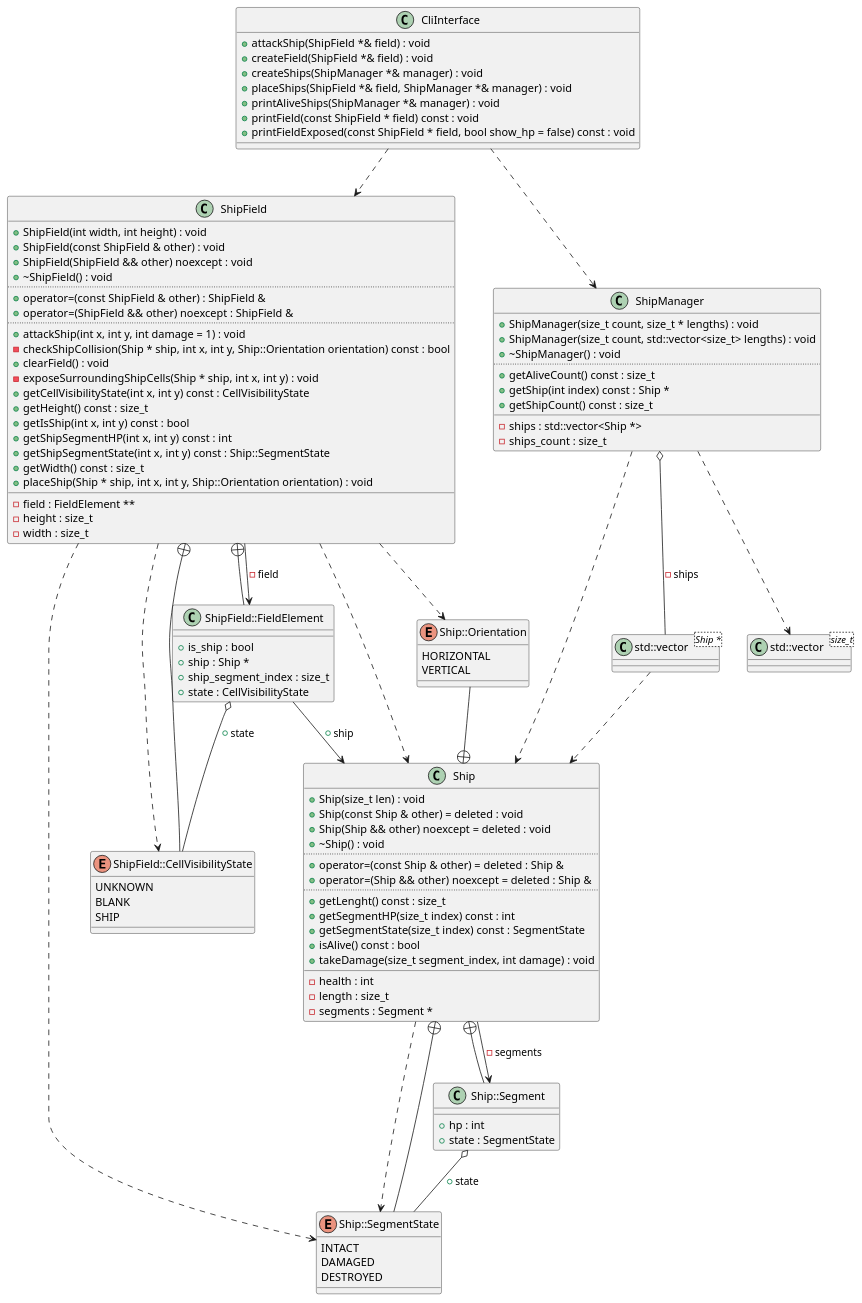
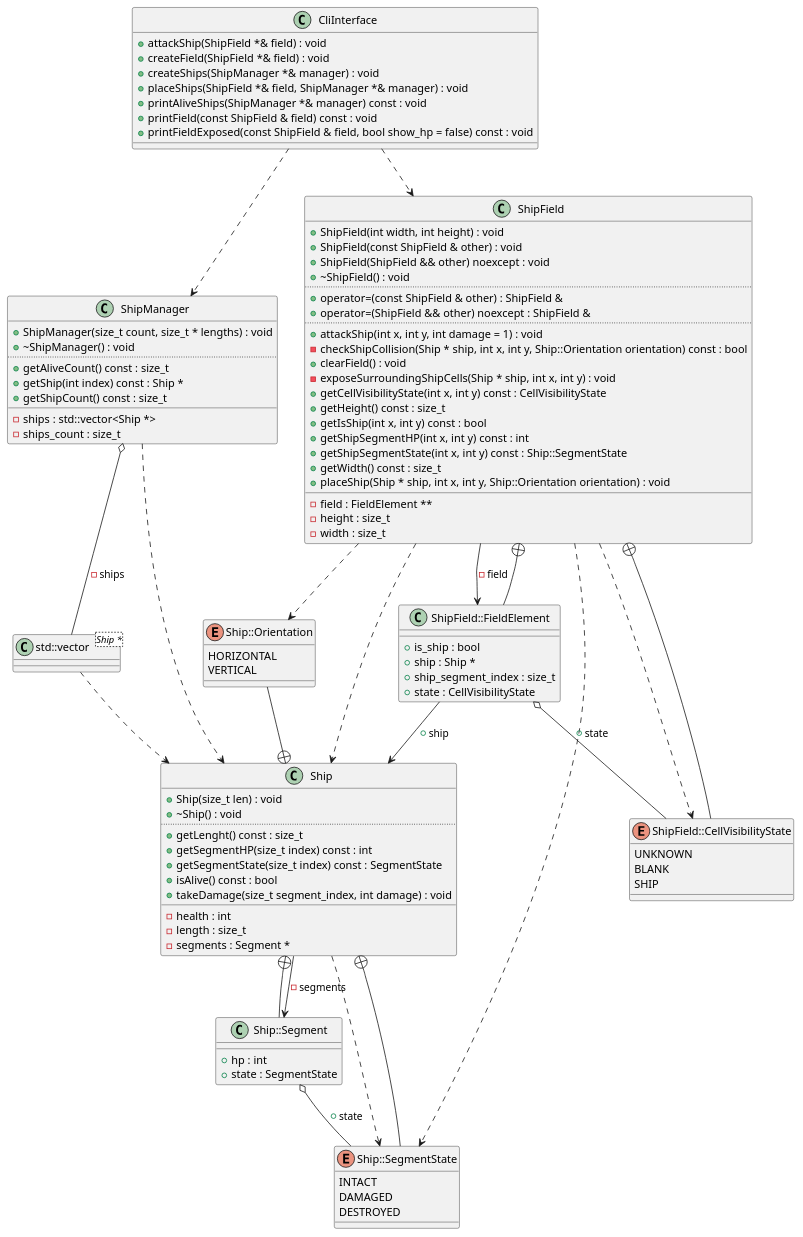
The diagram in diagrams/CliInterface.puml (Rennelv/ships), drawn with PlantUML before and after one commit. The commit also changed 13 other files, not shown here.

Commit message:
Refactor Ship, ShipField, ShipManager, and Game classes

```diff
--- a/diagrams/CliInterface.puml
+++ b/diagrams/CliInterface.puml
@@ -1,135 +1,124 @@
 @startuml
-class "std::vector<size_t>" as C_0009048762651940375792
-class C_0009048762651940375792 {
-__
-}
 class "std::vector<Ship *>" as C_0007462257846685508834
 class C_0007462257846685508834 {
 __
 }
 class "Ship" as C_0014529657433315016423
 class C_0014529657433315016423 {
 +Ship(size_t len) : void
-+Ship(const Ship & other) = deleted : void
-+Ship(Ship && other) noexcept = deleted : void
 +~Ship() : void
-..
-+operator=(const Ship & other) = deleted : Ship &
-+operator=(Ship && other) noexcept = deleted : Ship &
 ..
 +getLenght() const : size_t
 +getSegmentHP(size_t index) const : int
 +getSegmentState(size_t index) const : SegmentState
 +isAlive() const : bool
 +takeDamage(size_t segment_index, int damage) : void
 __
 -health : int
 -length : size_t
 -segments : Segment *
 }
 enum "Ship::SegmentState" as C_0016593760204207859148
 enum C_0016593760204207859148 {
 INTACT
 DAMAGED
 DESTROYED
 }
 enum "Ship::Orientation" as C_0015200704647938469073
 enum C_0015200704647938469073 {
 HORIZONTAL
 VERTICAL
 }
 class "Ship::Segment" as C_0000674658759292391449
 class C_0000674658759292391449 {
 __
 +hp : int
 +state : SegmentState
 }
 class "ShipField" as C_0003843296779074973901
 class C_0003843296779074973901 {
 +ShipField(int width, int height) : void
 +ShipField(const ShipField & other) : void
 +ShipField(ShipField && other) noexcept : void
 +~ShipField() : void
 ..
 +operator=(const ShipField & other) : ShipField &
 +operator=(ShipField && other) noexcept : ShipField &
 ..
 +attackShip(int x, int y, int damage = 1) : void
 -checkShipCollision(Ship * ship, int x, int y, Ship::Orientation orientation) const : bool
 +clearField() : void
 -exposeSurroundingShipCells(Ship * ship, int x, int y) : void
 +getCellVisibilityState(int x, int y) const : CellVisibilityState
 +getHeight() const : size_t
 +getIsShip(int x, int y) const : bool
 +getShipSegmentHP(int x, int y) const : int
 +getShipSegmentState(int x, int y) const : Ship::SegmentState
 +getWidth() const : size_t
 +placeShip(Ship * ship, int x, int y, Ship::Orientation orientation) : void
 __
 -field : FieldElement **
 -height : size_t
 -width : size_t
 }
 enum "ShipField::CellVisibilityState" as C_0014337503322603405869
 enum C_0014337503322603405869 {
 UNKNOWN
 BLANK
 SHIP
 }
 class "ShipField::FieldElement" as C_0000316359785794417378
 class C_0000316359785794417378 {
 __
 +is_ship : bool
 +ship : Ship *
 +ship_segment_index : size_t
 +state : CellVisibilityState
 }
 class "ShipManager" as C_0017499122254539489506
 class C_0017499122254539489506 {
 +ShipManager(size_t count, size_t * lengths) : void
-+ShipManager(size_t count, std::vector<size_t> lengths) : void
 +~ShipManager() : void
 ..
 +getAliveCount() const : size_t
 +getShip(int index) const : Ship *
 +getShipCount() const : size_t
 __
 -ships : std::vector<Ship *>
 -ships_count : size_t
 }
 class "CliInterface" as C_0005047295129698031663
 class C_0005047295129698031663 {
 +attackShip(ShipField *& field) : void
 +createField(ShipField *& field) : void
 +createShips(ShipManager *& manager) : void
 +placeShips(ShipField *& field, ShipManager *& manager) : void
-+printAliveShips(ShipManager *& manager) : void
-+printField(const ShipField * field) const : void
-+printFieldExposed(const ShipField * field, bool show_hp = false) const : void
++printAliveShips(ShipManager *& manager) const : void
++printField(const ShipField & field) const : void
++printFieldExposed(const ShipField & field, bool show_hp = false) const : void
 __
 }
 C_0007462257846685508834 ..> C_0014529657433315016423
 C_0014529657433315016423 ..> C_0016593760204207859148
 C_0014529657433315016423 --> C_0000674658759292391449 : -segments
 C_0016593760204207859148 --+ C_0014529657433315016423
 C_0015200704647938469073 --+ C_0014529657433315016423
 C_0000674658759292391449 --+ C_0014529657433315016423
 C_0000674658759292391449 o-- C_0016593760204207859148 : +state
 C_0003843296779074973901 ..> C_0014529657433315016423
 C_0003843296779074973901 ..> C_0015200704647938469073
 C_0003843296779074973901 ..> C_0014337503322603405869
 C_0003843296779074973901 ..> C_0016593760204207859148
 C_0003843296779074973901 --> C_0000316359785794417378 : -field
 C_0014337503322603405869 --+ C_0003843296779074973901
 C_0000316359785794417378 --+ C_0003843296779074973901
 C_0000316359785794417378 o-- C_0014337503322603405869 : +state
 C_0000316359785794417378 --> C_0014529657433315016423 : +ship
-C_0017499122254539489506 ..> C_0009048762651940375792
 C_0017499122254539489506 ..> C_0014529657433315016423
 C_0017499122254539489506 o-- C_0007462257846685508834 : -ships
 C_0005047295129698031663 ..> C_0003843296779074973901
 C_0005047295129698031663 ..> C_0017499122254539489506
 
 'Generated with clang-uml, version 0.5.5
 'LLVM version clang version 18.1.8
 @enduml
```
